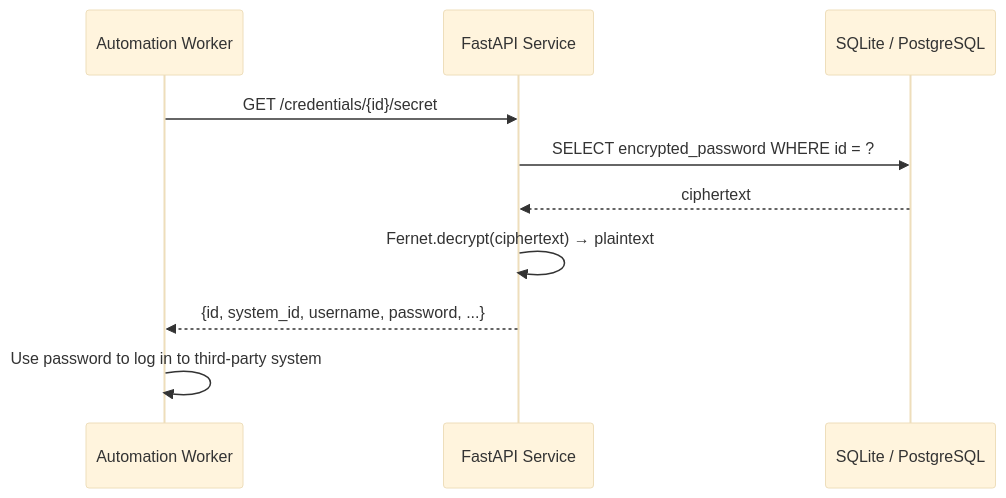
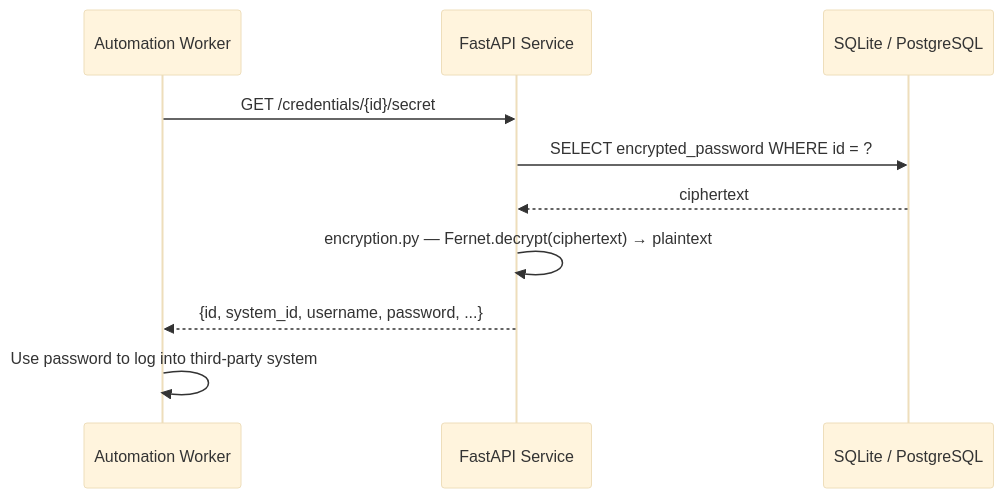
Before and after one commit to Fatma2511/routine-labs-credential-service: the second of 3 diagrams in docs/architecture.md, drawn with Mermaid (base theme). The commit also changed other lines of this file, not shown here.

First line of the commit message:
Revise architecture.md for encryption and modules

````diff
--- a/docs/architecture.md
+++ b/docs/architecture.md
@@ -24,13 +29,13 @@
 ```mermaid
 sequenceDiagram
     participant Worker as Automation Worker
     participant API as FastAPI Service
     participant DB as SQLite / PostgreSQL
 
     Worker->>API: GET /credentials/{id}/secret
     API->>DB: SELECT encrypted_password WHERE id = ?
     DB-->>API: ciphertext
-    API->>API: Fernet.decrypt(ciphertext) → plaintext
+    API->>API: encryption.py — Fernet.decrypt(ciphertext) → plaintext
     API-->>Worker: {id, system_id, username, password, ...}
-    Worker->>Worker: Use password to log in to third-party system
+    Worker->>Worker: Use password to log into third-party system
 ```
````
